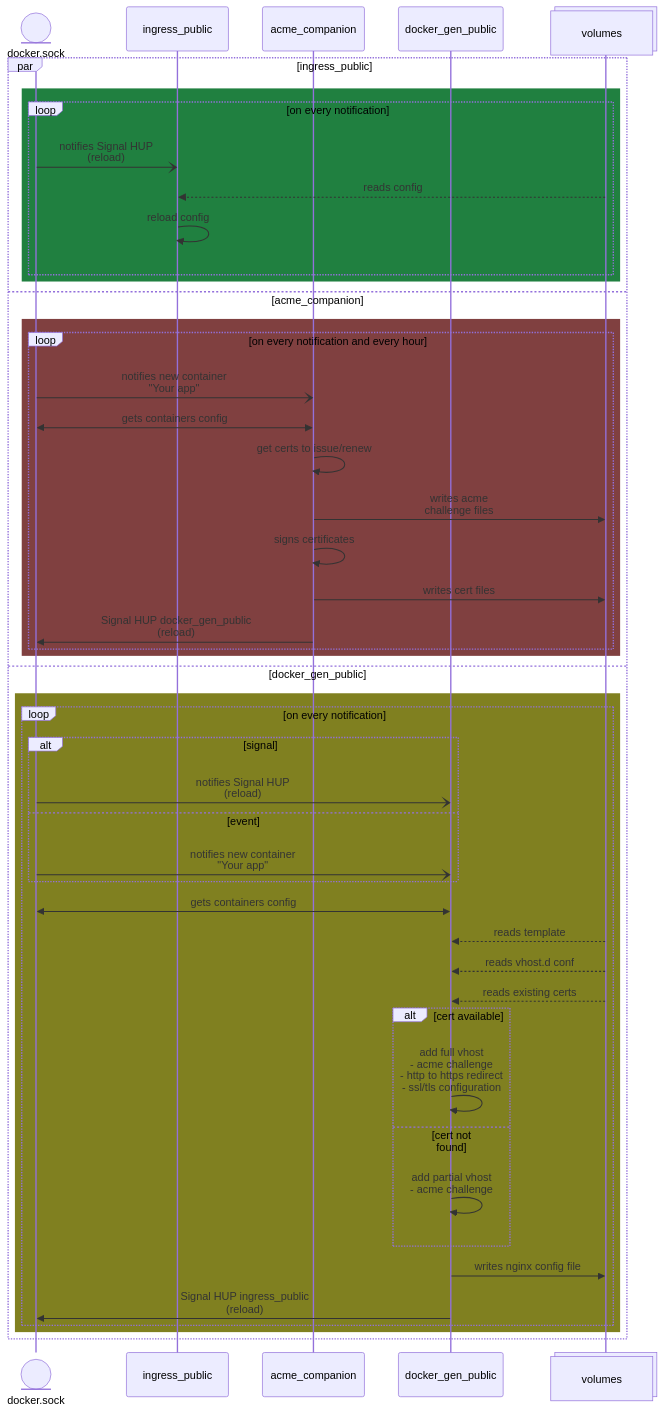
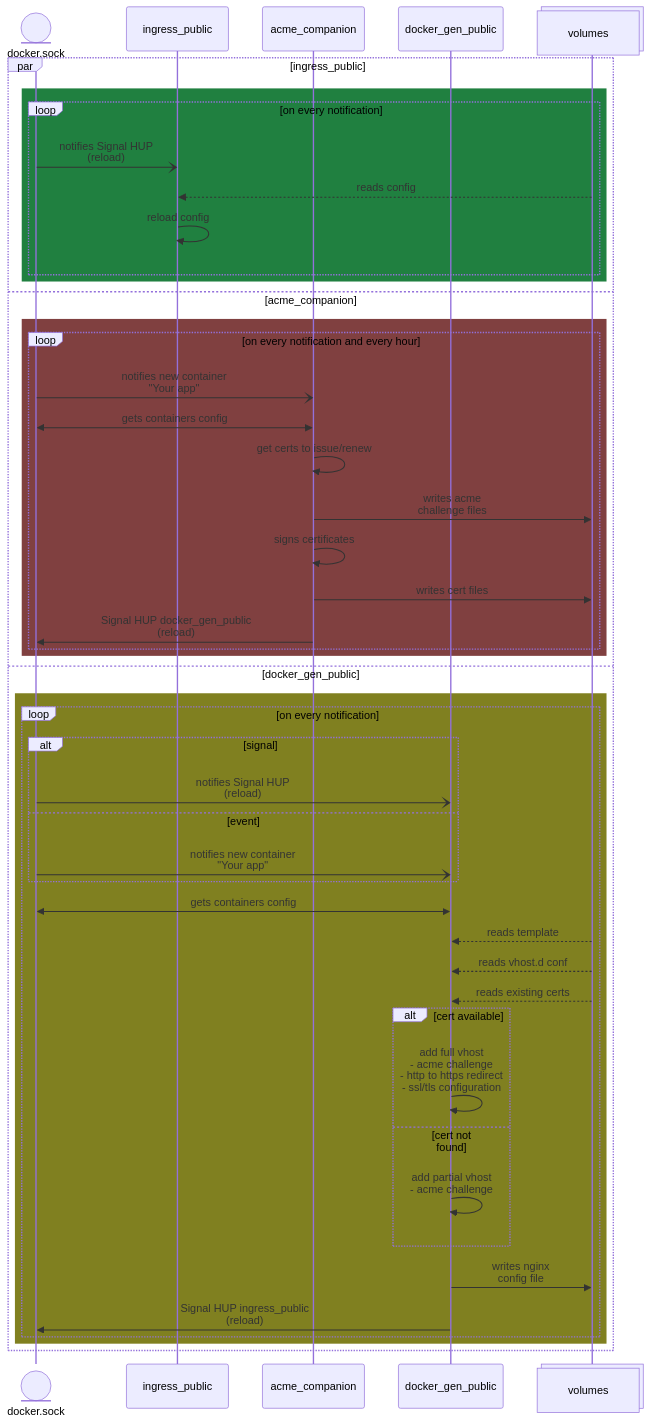
The first of 2 diagrams in docs/how-it-works.md (eorea/nginx-proxy-docker-compose-template), drawn with Mermaid before and after one commit. The commit also changed other lines of this file, not shown here.

````diff
--- a/docs/how-it-works.md
+++ b/docs/how-it-works.md
@@ -9,51 +9,51 @@
 ```mermaid
 sequenceDiagram
   participant docker.sock@{ "type" : "entity" }
   participant ingress_public
   participant acme_companion
   participant docker_gen_public
   participant volumes@{ "type" : "collections" }
 
   par ingress_public
     rect rgb(32,128,64)
       loop on every notification
         docker.sock-)ingress_public: notifies Signal HUP<br/>(reload)
         volumes-->>ingress_public: reads config
         ingress_public->>ingress_public: reload config
       end
     end
   and acme_companion
     rect rgb(128,64,64)
       loop on every notification and every hour
         docker.sock-)acme_companion: notifies new container<br/>"Your app"
         acme_companion<<->>docker.sock: gets containers config
         acme_companion->>acme_companion: get certs to issue/renew
         acme_companion->>volumes: writes acme<br/>challenge files
         acme_companion->>acme_companion: signs certificates
         acme_companion->>volumes: writes cert files
         acme_companion->>docker.sock:  Signal HUP docker_gen_public<br/>(reload)
       end
     end
   and docker_gen_public
     rect rgb(128, 128, 32)
       loop on every notification
         alt signal
           docker.sock-)docker_gen_public: notifies Signal HUP<br/>(reload)
         else event
           docker.sock-)docker_gen_public: notifies new container<br/>"Your app"
         end
         docker_gen_public<<->>docker.sock: gets containers config
         volumes-->>docker_gen_public: reads template
         volumes-->>docker_gen_public: reads vhost.d conf
         volumes-->>docker_gen_public: reads existing certs
         alt cert available
           docker_gen_public->>docker_gen_public: add full vhost<br/>- acme challenge<br/>- http to https redirect<br/>- ssl/tls configuration
         else cert not found
           docker_gen_public->>docker_gen_public: add partial vhost<br/>- acme challenge
         end
-        docker_gen_public->>volumes: writes nginx config file
+        docker_gen_public->>volumes: writes nginx<br/>config file
         docker_gen_public->>docker.sock: Signal HUP ingress_public<br/>(reload)
       end
     end
   end
 ```
````
